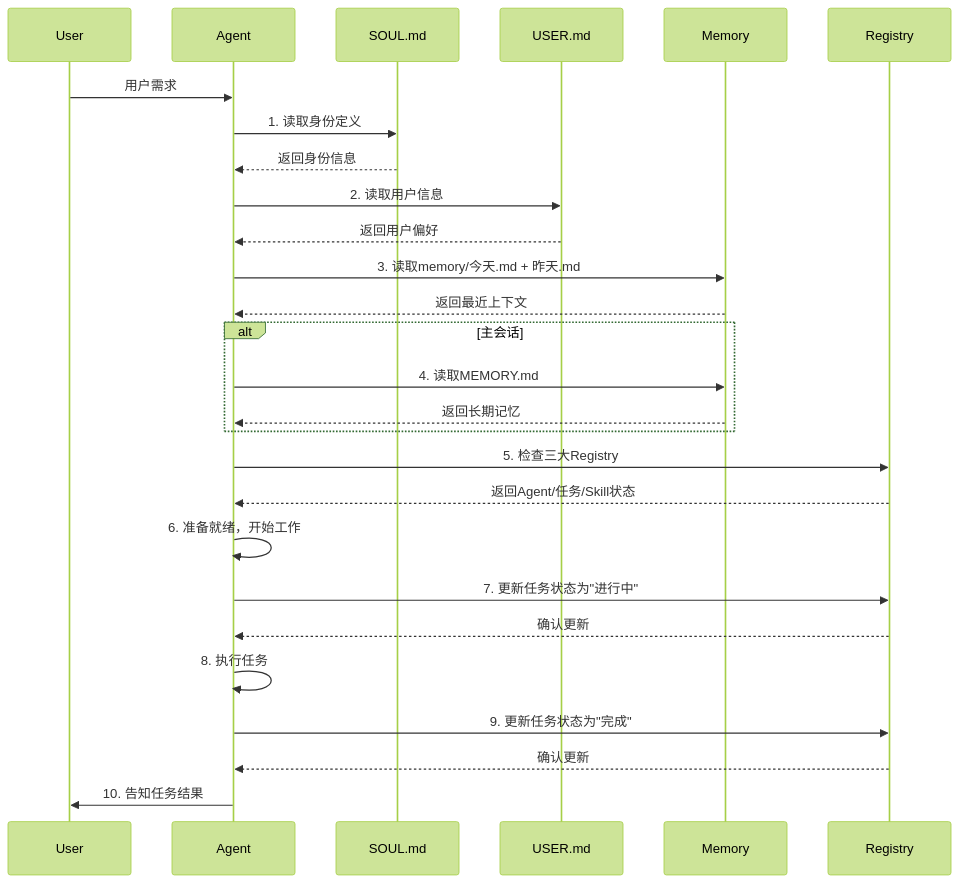
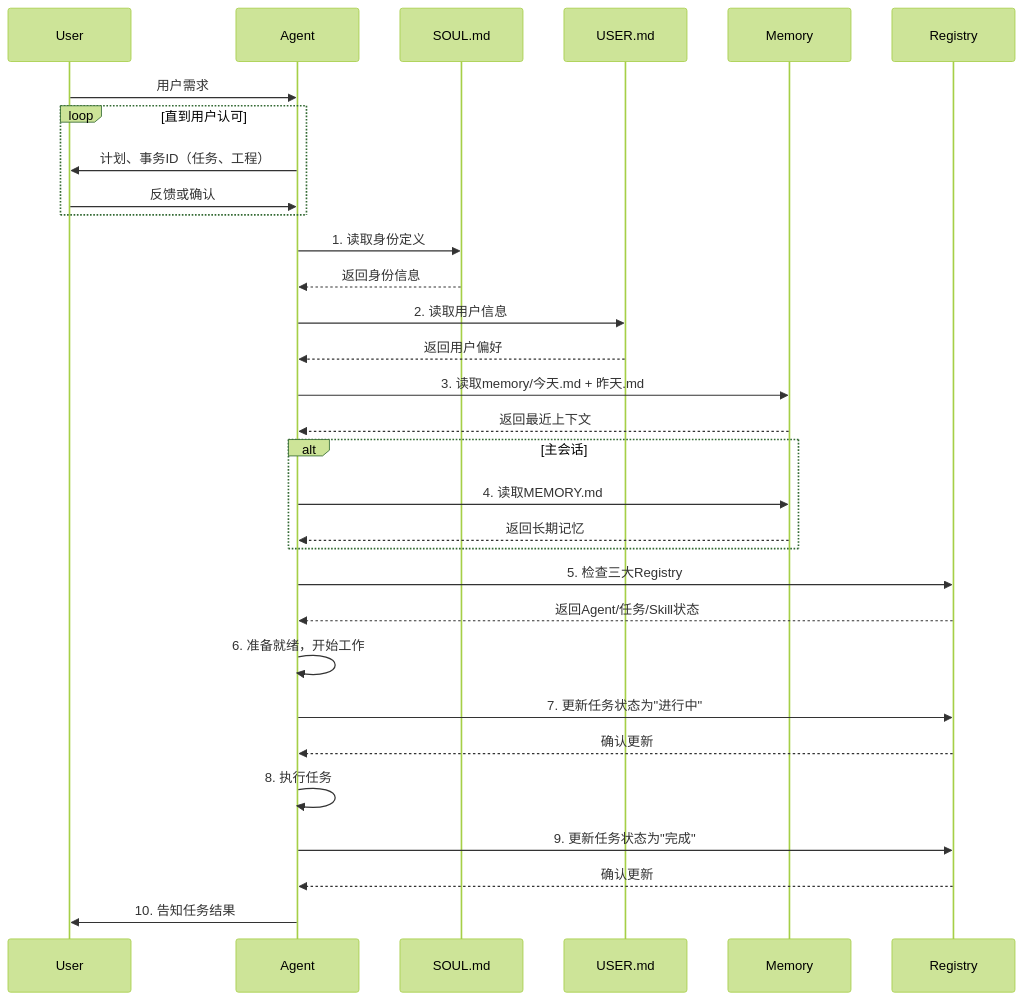
One commit to 176336109/MockClaw changed the first of 5 diagrams in workspace/AGENTS.md. Above: the diagram before and after it, drawn with Mermaid (forest theme). The commit also changed other lines of this file and 31 other files, not shown here.

````diff
--- a/workspace/AGENTS.md
+++ b/workspace/AGENTS.md
@@ -13,40 +13,45 @@
 ```mermaid
 sequenceDiagram
     participant User
     participant Agent
     participant SOUL.md
     participant USER.md
     participant Memory
     participant Registry
 
     User->>Agent: 用户需求
+    loop 直到用户认可
+        Agent->>User: 计划、事务ID（任务、工程）
+        User->>Agent: 反馈或确认
+    end
+     
     
     Agent->>SOUL.md: 1. 读取身份定义
     SOUL.md-->>Agent: 返回身份信息
     
     Agent->>USER.md: 2. 读取用户信息
     USER.md-->>Agent: 返回用户偏好
     
     Agent->>Memory: 3. 读取memory/今天.md + 昨天.md
     Memory-->>Agent: 返回最近上下文
     
     alt 主会话
         Agent->>Memory: 4. 读取MEMORY.md
         Memory-->>Agent: 返回长期记忆
     end
     
     Agent->>Registry: 5. 检查三大Registry
     Registry-->>Agent: 返回Agent/任务/Skill状态
     
     Agent->>Agent: 6. 准备就绪，开始工作
     
     Agent->>Registry: 7. 更新任务状态为"进行中"
     Registry-->>Agent: 确认更新
     
     Agent->>Agent: 8. 执行任务
     
     Agent->>Registry: 9. 更新任务状态为"完成"
     Registry-->>Agent: 确认更新
     
     Agent->>User: 10. 告知任务结果
 ```
````
